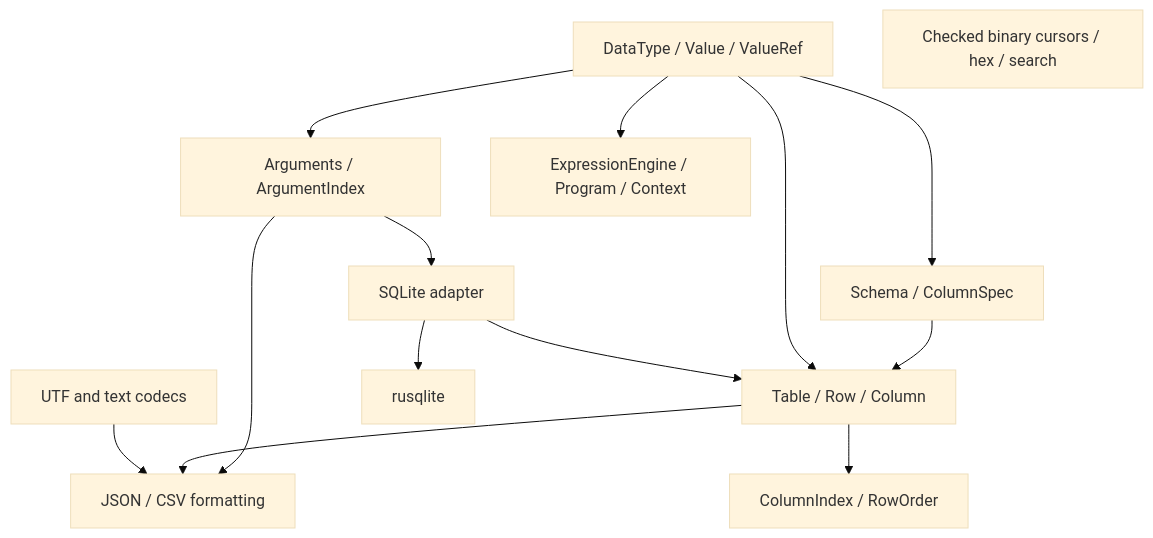
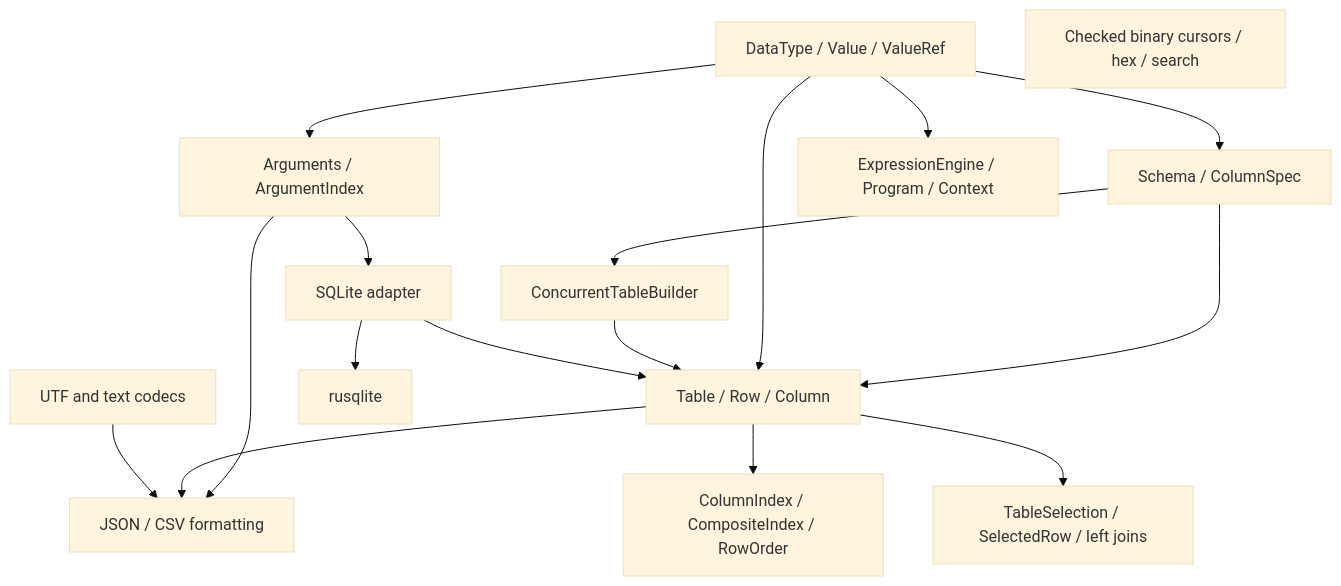
One commit to kjn-void/gd-rs changed the diagram in docs/port/porting-plan.md. Above: the diagram before and after it, drawn with Mermaid (base theme). The commit also changed other lines of this file and 9 other files, not shown here.

````diff
--- a/docs/port/porting-plan.md
+++ b/docs/port/porting-plan.md
@@ -134,16 +131,19 @@
 ```mermaid
 flowchart TD
     Value["DataType / Value / ValueRef"] --> Arguments["Arguments / ArgumentIndex"]
     Value --> Schema["Schema / ColumnSpec"]
     Schema --> Table["Table / Row / Column"]
     Value --> Table
-    Table --> ColumnIndex["ColumnIndex / RowOrder"]
+    Table --> ColumnIndex["ColumnIndex / CompositeIndex / RowOrder"]
+    Table --> Selection["TableSelection / SelectedRow / left joins"]
+    Schema --> Builder["ConcurrentTableBuilder"]
+    Builder --> Table
     Value --> Expression["ExpressionEngine / Program / Context"]
     Arguments --> Format["JSON / URI formatting"]
     Table --> Format["JSON / CSV formatting"]
     Binary["Checked binary cursors / hex / search"]
     Text["UTF and text codecs"] --> Format
     Arguments --> SQLite["SQLite adapter"]
     SQLite --> Table
     SQLite --> Rusqlite["rusqlite"]
 ```
````
